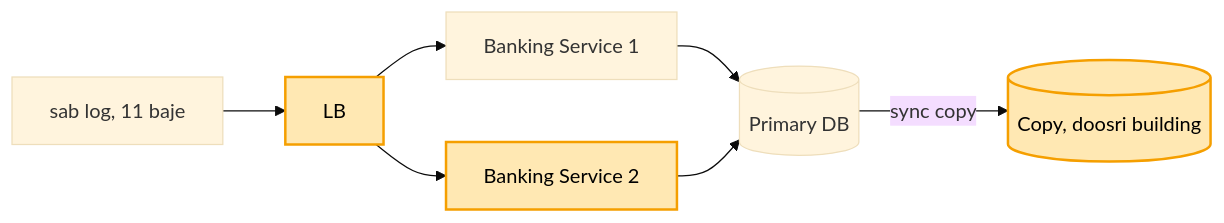
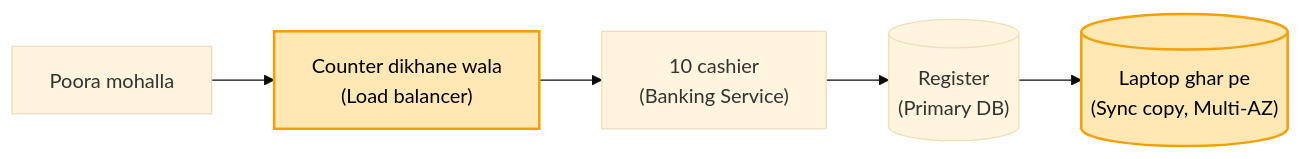
Before and after one commit to ArpanMaheshwari144/Prep: the third of 4 diagrams in 04_HLD/SYSTEM_DESIGNS/13_banking_system/13_banking_system.md, drawn with Mermaid (base theme). The commit also changed other lines of this file and 13 other files, not shown here.

````diff
--- a/04_HLD/SYSTEM_DESIGNS/13_banking_system/13_banking_system.md
+++ b/04_HLD/SYSTEM_DESIGNS/13_banking_system/13_banking_system.md
@@ -300,10 +123,9 @@
 ```mermaid
 flowchart LR
-    U["sab log, 11 baje"] --> LB["LB"]
-    LB --> S1["Banking Service 1"] & S2["Banking Service 2"]
-    S1 & S2 --> P[("Primary DB")]
-    P -- "sync copy" --> C[("Copy, doosri building")]
+    U["Poora mohalla"] --> LB["Counter dikhane wala<br/>(Load balancer)"]
+    LB --> C["10 cashier<br/>(Banking Service)"]
+    C --> R[("Register<br/>(Primary DB)")]
+    R --> L[("Laptop ghar pe<br/>(Sync copy, Multi-AZ)")]
     style LB fill:#ffe8b3,stroke:#f59f00,stroke-width:2px,color:#000
-    style S2 fill:#ffe8b3,stroke:#f59f00,stroke-width:2px,color:#000
-    style C fill:#ffe8b3,stroke:#f59f00,stroke-width:2px,color:#000
+    style L fill:#ffe8b3,stroke:#f59f00,stroke-width:2px,color:#000
 ```
````
